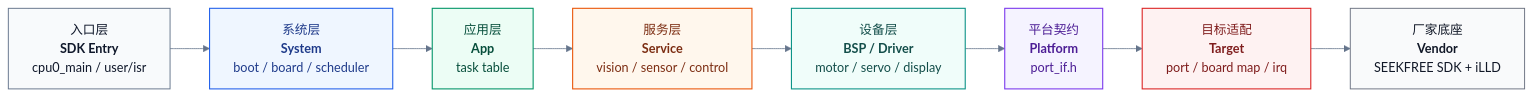
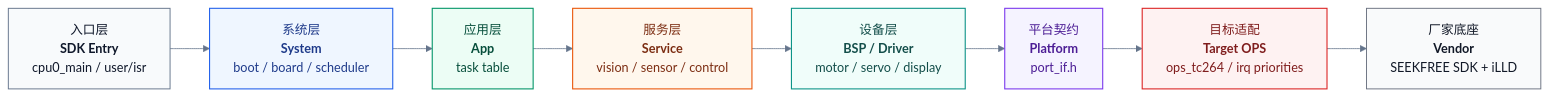
Before and after one commit to ParacosmYy/GS_Smart_car: the first of 2 diagrams in README.md, drawn with Mermaid. The commit also changed other lines of this file and 12 other files, not shown here.

````diff
--- a/README.md
+++ b/README.md
@@ -14,32 +14,32 @@
 ```mermaid
 %%{init: {"theme": "base", "themeVariables": {"fontFamily": "Inter, Microsoft YaHei, Arial", "primaryBorderColor": "#CBD5E1", "lineColor": "#64748B", "tertiaryColor": "#F8FAFC"}}}%%
 flowchart LR
     ENTRY["入口层<br/><b>SDK Entry</b><br/>cpu0_main / user/isr"]
     SYSTEM["系统层<br/><b>System</b><br/>boot / board / scheduler"]
     APP["应用层<br/><b>App</b><br/>task table"]
     SERVICE["服务层<br/><b>Service</b><br/>vision / sensor / control"]
     BSP["设备层<br/><b>BSP / Driver</b><br/>motor / servo / display"]
     PLATFORM["平台契约<br/><b>Platform</b><br/>port_if.h"]
-    TARGET["目标适配<br/><b>Target</b><br/>port / board map / irq"]
+    TARGET["目标适配<br/><b>Target OPS</b><br/>ops_tc264 / irq priorities"]
     VENDOR["厂家底座<br/><b>Vendor</b><br/>SEEKFREE SDK + iLLD"]
 
     ENTRY --> SYSTEM --> APP --> SERVICE --> BSP --> PLATFORM --> TARGET --> VENDOR
 
     classDef entry fill:#F8FAFC,stroke:#64748B,color:#0F172A,stroke-width:1.2px;
     classDef system fill:#EFF6FF,stroke:#2563EB,color:#1E3A8A,stroke-width:1.4px;
     classDef app fill:#ECFDF5,stroke:#059669,color:#064E3B,stroke-width:1.4px;
     classDef service fill:#FFF7ED,stroke:#EA580C,color:#7C2D12,stroke-width:1.4px;
     classDef bsp fill:#F0FDFA,stroke:#0D9488,color:#134E4A,stroke-width:1.4px;
     classDef platform fill:#F5F3FF,stroke:#7C3AED,color:#4C1D95,stroke-width:1.4px;
     classDef target fill:#FEF2F2,stroke:#DC2626,color:#7F1D1D,stroke-width:1.4px;
     classDef vendor fill:#F9FAFB,stroke:#6B7280,color:#111827,stroke-width:1.2px;
 
     class ENTRY entry
     class SYSTEM system
     class APP app
     class SERVICE service
     class BSP bsp
     class PLATFORM platform
     class TARGET target
     class VENDOR vendor
 ```
````
